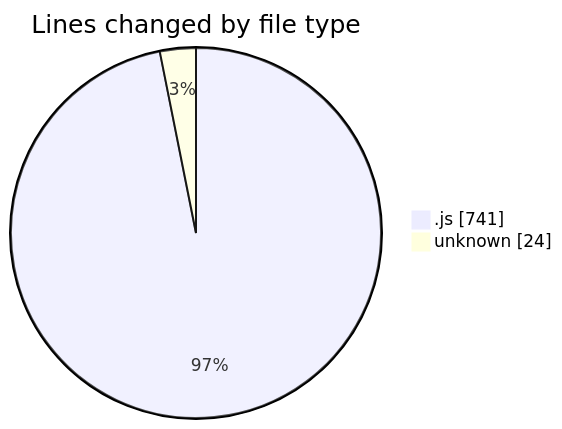
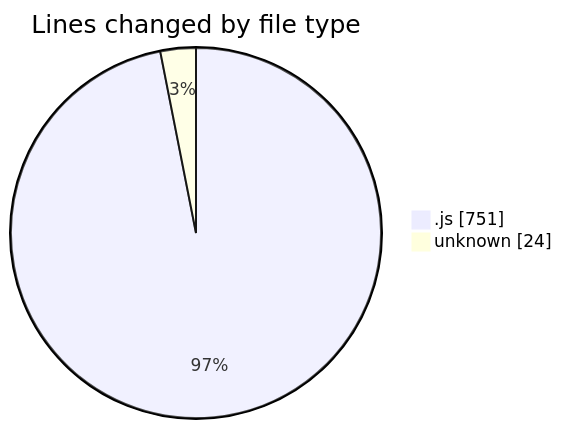
Before and after one commit to momahboobian/code-tracking: the first of 2 diagrams in 2025-02-03/cda/README.md, drawn with Mermaid. The commit also changed other lines of this file and 1 other file, not shown here.

````diff
--- a/2025-02-03/cda/README.md
+++ b/2025-02-03/cda/README.md
@@ -24,6 +24,6 @@
 ```mermaid
 pie showData
 title Lines changed by file type
-".js" : 741
+".js" : 751
 "unknown" : 24
 ```
````
